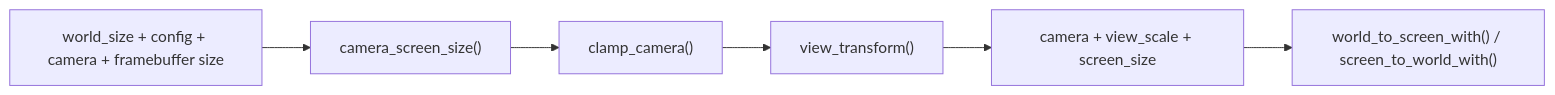
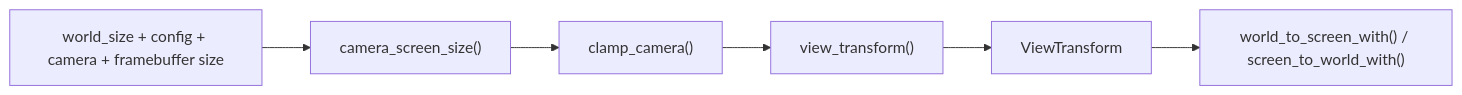
Before and after one commit to banteg/crimson: the seventh of 7 diagrams in docs/rewrite/rendering-pipeline.md, drawn with Mermaid. The commit also changed other lines of this file and 27 other files, not shown here.

Commit message:
refactor(render): use an explicit view transform for world drawing

````diff
--- a/docs/rewrite/rendering-pipeline.md
+++ b/docs/rewrite/rendering-pipeline.md
@@ -250,8 +221,8 @@
 ```mermaid
 flowchart LR
     A["world_size + config + camera + framebuffer size"] --> B["camera_screen_size()"]
     B --> C["clamp_camera()"]
     C --> D["view_transform()"]
-    D --> E["camera + view_scale + screen_size"]
+    D --> E["ViewTransform"]
     E --> F["world_to_screen_with() / screen_to_world_with()"]
 ```
````
